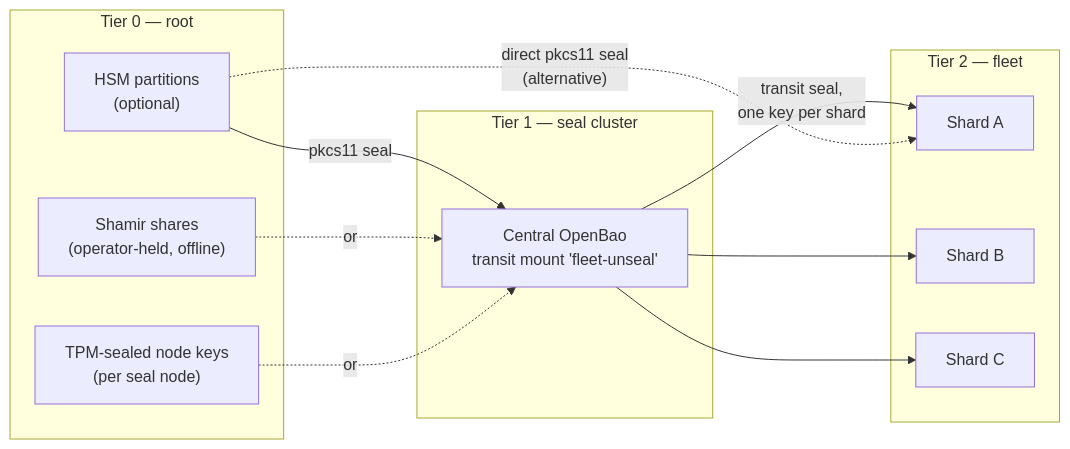
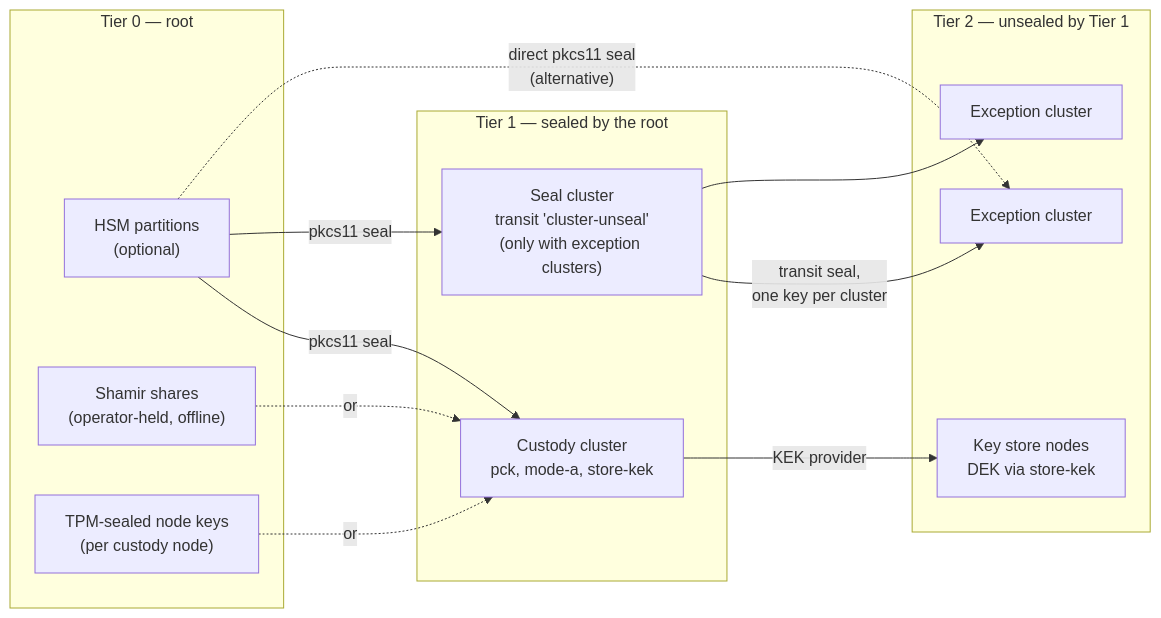
One commit to openstack-experimental/keystone changed the fourth of 5 diagrams in doc/src/kms-vision.md. Above: the diagram before and after it, drawn with Mermaid. The commit also changed other lines of this file, not shown here.

First line of the commit message:
docs(kms): Replace the fleet with one custody pair

````diff
--- a/doc/src/kms-vision.md
+++ b/doc/src/kms-vision.md
@@ -1124,23 +1359,25 @@
 ```mermaid
 flowchart LR
     subgraph tier0["Tier 0 — root"]
         hsm["HSM partitions<br/>(optional)"]
         shamir["Shamir shares<br/>(operator-held, offline)"]
-        tpm["TPM-sealed node keys<br/>(per seal node)"]
+        tpm["TPM-sealed node keys<br/>(per custody node)"]
     end
-    subgraph tier1["Tier 1 — seal cluster"]
-        seal["Central OpenBao<br/>transit mount 'fleet-unseal'"]
+    subgraph tier1["Tier 1 — sealed by the root"]
+        custody["Custody cluster<br/>pck, mode-a, store-kek"]
+        seal["Seal cluster<br/>transit 'cluster-unseal'<br/>(only with exception clusters)"]
     end
-    subgraph tier2["Tier 2 — fleet"]
-        a["Shard A"]
-        b["Shard B"]
-        c["Shard C"]
+    subgraph tier2["Tier 2 — unsealed by Tier 1"]
+        store["Key store nodes<br/>DEK via store-kek"]
+        x1["Exception cluster"]
+        x2["Exception cluster"]
     end
+    hsm -->|"pkcs11 seal"| custody
+    shamir -.->|"or"| custody
+    tpm -.->|"or"| custody
     hsm -->|"pkcs11 seal"| seal
-    shamir -.->|"or"| seal
-    tpm -.->|"or"| seal
-    seal -->|"transit seal,<br/>one key per shard"| a
-    seal --> b
-    seal --> c
-    hsm -.->|"direct pkcs11 seal<br/>(alternative)"| a
+    custody -->|"KEK provider"| store
+    seal -->|"transit seal,<br/>one key per cluster"| x1
+    seal --> x2
+    hsm -.->|"direct pkcs11 seal<br/>(alternative)"| x1
 ```
````
